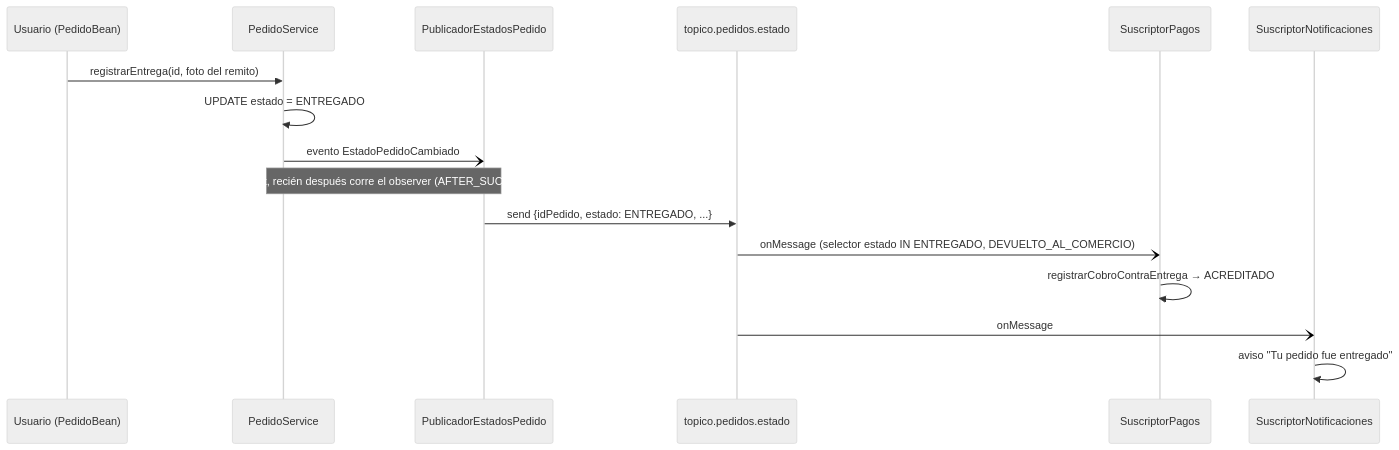
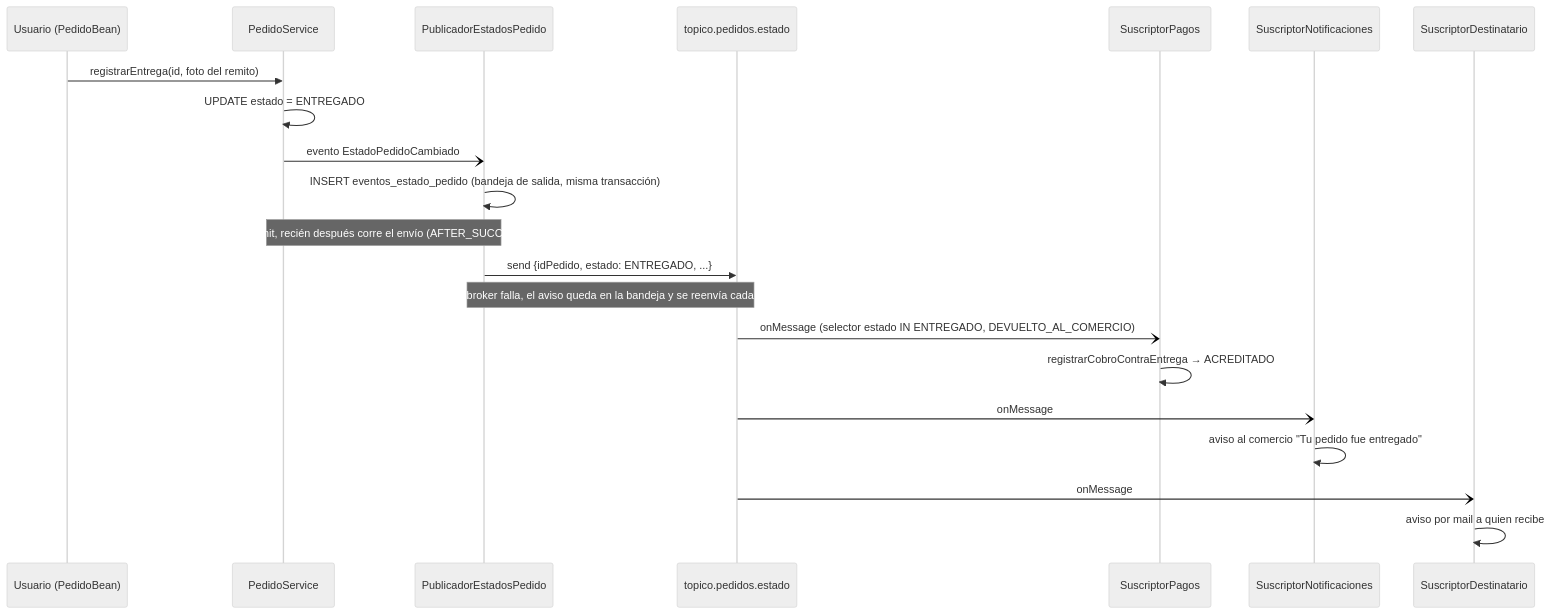
Before and after one commit to feliforte14/Rabbit: the second of 2 diagrams in docs/integraciones/MENSAJERIA-ASINCRONICA.md, drawn with Mermaid (neutral theme). The commit also changed other lines of this file and 5 other files, not shown here.

First line of the commit message:
Documentación: diagramas corregidos y legibilidad de arquitectura y mensajería

````diff
--- a/docs/integraciones/MENSAJERIA-ASINCRONICA.md
+++ b/docs/integraciones/MENSAJERIA-ASINCRONICA.md
@@ -102,18 +103,23 @@
 ```mermaid
 sequenceDiagram
     participant U as Usuario (PedidoBean)
     participant PS as PedidoService
     participant Pub as PublicadorEstadosPedido
     participant T as topico.pedidos.estado
     participant Pag as SuscriptorPagos
     participant Not as SuscriptorNotificaciones
+    participant Dest as SuscriptorDestinatario
     U->>PS: registrarEntrega(id, foto del remito)
     PS->>PS: UPDATE estado = ENTREGADO
     PS-)Pub: evento EstadoPedidoCambiado
-    Note over PS,Pub: commit, recién después corre el observer (AFTER_SUCCESS)
+    Pub->>Pub: INSERT eventos_estado_pedido (bandeja de salida, misma transacción)
+    Note over PS,Pub: commit, recién después corre el envío (AFTER_SUCCESS)
     Pub->>T: send {idPedido, estado: ENTREGADO, ...}
+    Note over Pub,T: si el broker falla, el aviso queda en la bandeja y se reenvía cada 15 s
     T-)Pag: onMessage (selector estado IN ENTREGADO, DEVUELTO_AL_COMERCIO)
     Pag->>Pag: registrarCobroContraEntrega → ACREDITADO
     T-)Not: onMessage
-    Not->>Not: aviso "Tu pedido fue entregado"
+    Not->>Not: aviso al comercio "Tu pedido fue entregado"
+    T-)Dest: onMessage
+    Dest->>Dest: aviso por mail a quien recibe
 ```
````
